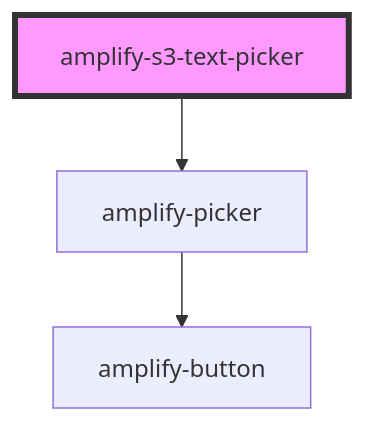
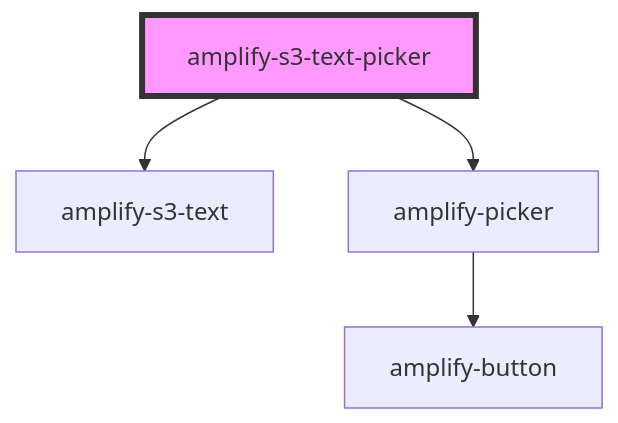
Before and after one commit to OneDev0411/amplify-js: the diagram in packages/amplify-ui-components/src/components/amplify-s3-text-picker/readme.md, drawn with Mermaid. The commit also changed other lines of this file and 8 other files, not shown here.

Commit message:
update text picker with s3-text

````diff
--- a/packages/amplify-ui-components/src/components/amplify-s3-text-picker/readme.md
+++ b/packages/amplify-ui-components/src/components/amplify-s3-text-picker/readme.md
@@ -27,6 +28,7 @@
 ```mermaid
 graph TD;
+  amplify-s3-text-picker --> amplify-s3-text
   amplify-s3-text-picker --> amplify-picker
   amplify-picker --> amplify-button
   style amplify-s3-text-picker fill:#f9f,stroke:#333,stroke-width:4px
 ```
````
